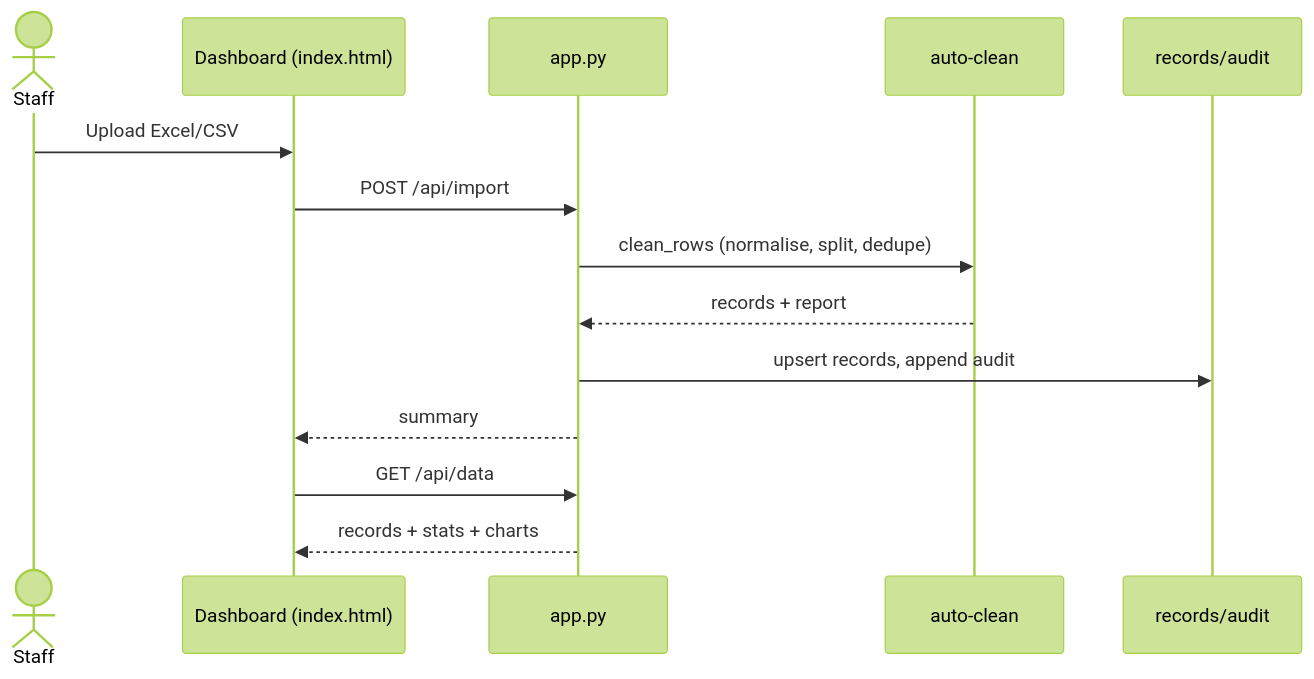
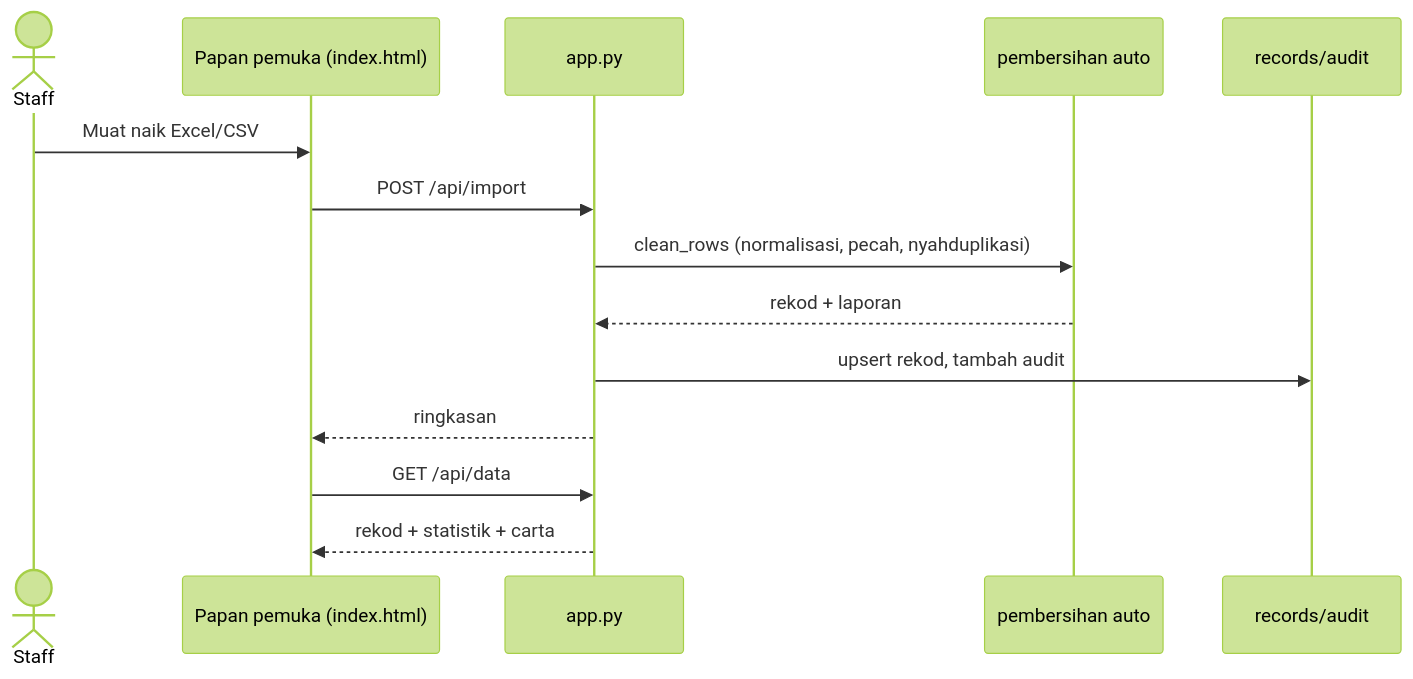
One commit to amirraihan/IKAWAL changed the second of 5 diagrams in tdd_ikawal_001_banduan_dagang_monitoring.md. Above: the diagram before and after it, drawn with Mermaid (forest theme). The commit also changed other lines of this file, not shown here.

````diff
--- a/tdd_ikawal_001_banduan_dagang_monitoring.md
+++ b/tdd_ikawal_001_banduan_dagang_monitoring.md
@@ -165,16 +167,16 @@
 ```mermaid
 sequenceDiagram
     actor Staff
-    participant UI as Dashboard (index.html)
+    participant UI as Papan pemuka (index.html)
     participant API as app.py
-    participant CL as auto-clean
+    participant CL as pembersihan auto
     participant DB as records/audit
-    Staff->>UI: Upload Excel/CSV
+    Staff->>UI: Muat naik Excel/CSV
     UI->>API: POST /api/import
-    API->>CL: clean_rows (normalise, split, dedupe)
-    CL-->>API: records + report
-    API->>DB: upsert records, append audit
-    API-->>UI: summary
+    API->>CL: clean_rows (normalisasi, pecah, nyahduplikasi)
+    CL-->>API: rekod + laporan
+    API->>DB: upsert rekod, tambah audit
+    API-->>UI: ringkasan
     UI->>API: GET /api/data
-    API-->>UI: records + stats + charts
+    API-->>UI: rekod + statistik + carta
 ```
````
